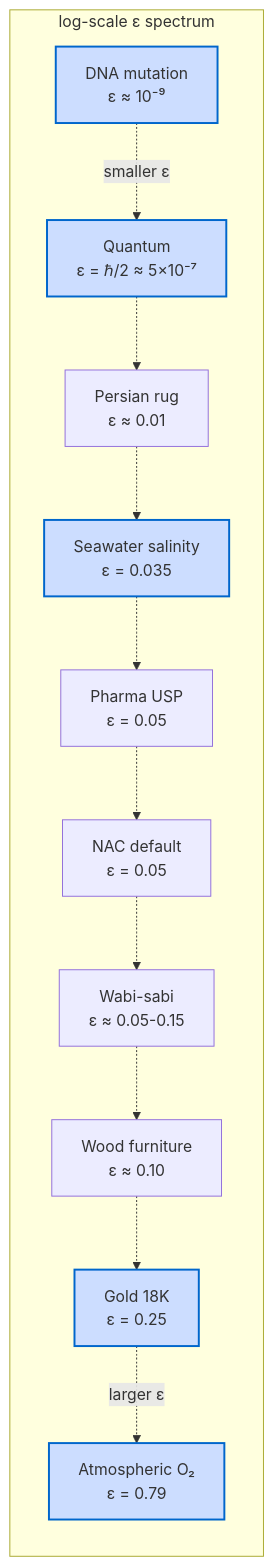
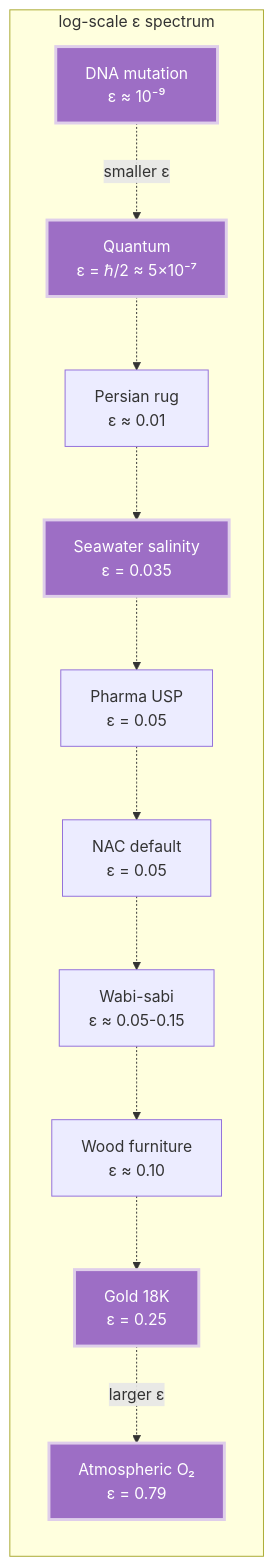
Before and after one commit to LostMaxi/nac-architecture-calculus: the fifth of 9 diagrams in visuals.md, drawn with Mermaid. The commit also changed other lines of this file, not shown here.

First line of the commit message:
style(visuals): unify 9 classDef colors to 4-tier violet/iris palette

````diff
--- a/visuals.md
+++ b/visuals.md
@@ -152,28 +152,28 @@
 ```mermaid
 graph LR
     subgraph "log-scale ε spectrum"
         Q[Quantum<br/>ε = ℏ/2 ≈ 5×10⁻⁷]
         DNA[DNA mutation<br/>ε ≈ 10⁻⁹]
         Persian[Persian rug<br/>ε ≈ 0.01]
         Drug[Pharma USP<br/>ε = 0.05]
         NAC_def[NAC default<br/>ε = 0.05]
         Sea[Seawater salinity<br/>ε = 0.035]
         Wabi[Wabi-sabi<br/>ε ≈ 0.05-0.15]
         Wood[Wood furniture<br/>ε ≈ 0.10]
         Gold[Gold 18K<br/>ε = 0.25]
         O2[Atmospheric O₂<br/>ε = 0.79]
     end
 
     DNA -.smaller ε.-> Q
     Q -.-> Persian
     Persian -.-> Sea
     Sea -.-> Drug
     Drug -.-> NAC_def
     NAC_def -.-> Wabi
     Wabi -.-> Wood
     Wood -.-> Gold
     Gold -.larger ε.-> O2
 
-    classDef verified fill:#cdf,stroke:#06c,stroke-width:2px
+    classDef verified fill:#9d6ec5,stroke:#dfceea,stroke-width:3px,color:#ffffff
     class Sea,O2,Gold,DNA,Q verified
 ```
````
